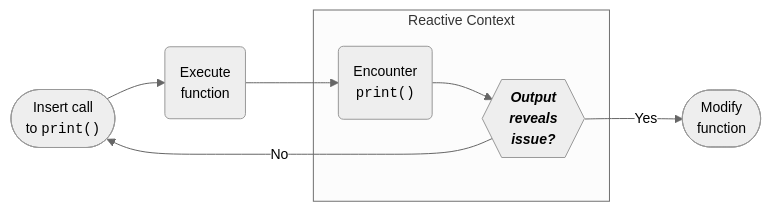
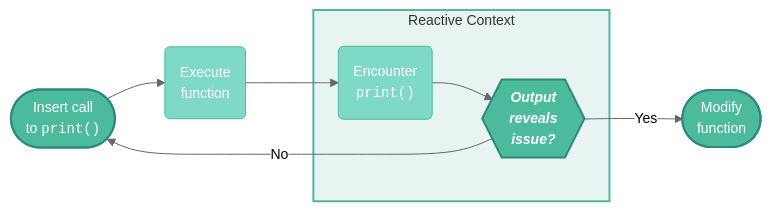
The second of 2 diagrams in debug_print.qmd (mjfrigaard/shiny-app-pkgs), drawn with Mermaid before and after one commit. The commit also changed other lines of this file and 107 other files, not shown here.

First line of the commit message:
Add consistent teal/light-teal color styling to mermaid diagrams

````diff
--- a/debug_print.qmd
+++ b/debug_print.qmd
@@ -126,16 +132,23 @@
 ```{mermaid}
 %%| fig-cap: "Reactive print debugging with `print()` function calls"
 %%| fig-align: center
 %%{init: {'theme': 'neutral', 'themeVariables': { 'fontFamily': 'monospace', "fontSize":"14px"}}}%%
 flowchart LR
-        Insert(["Insert call<br>to <code>print()</code>"]) 
-        Exec("Execute<br>function") 
-        Insert --> Exec --> Print("Encounter<br><code>print()</code>") 
+        Insert(["Insert call<br>to <code>print()</code>"])
+        Exec("Execute<br>function")
+        Insert --> Exec --> Print("Encounter<br><code>print()</code>")
         subgraph Reactive["Reactive Context"]
-            Print 
+            Print
             Issue{{"<strong><em>Output<br>reveals<br>issue?</em></strong>"}}
             Print --> Issue
         end
         Issue -- "Yes" --> Mod(["Modify<br>function"])
         Issue -- "No" --> Insert
+
+    style Insert fill:#4CBB9D,color:#fff,stroke:#2d8a7a,stroke-width:2px
+    style Exec fill:#7fd9c7,color:#fff,stroke:#4CBB9D,stroke-width:1px
+    style Print fill:#7fd9c7,color:#fff,stroke:#4CBB9D,stroke-width:1px
+    style Issue fill:#4CBB9D,color:#fff,stroke:#2d8a7a,stroke-width:2px
+    style Mod fill:#4CBB9D,color:#fff,stroke:#2d8a7a,stroke-width:2px
+    style Reactive fill:#e8f4f1,stroke:#4CBB9D,stroke-width:2px
 ```
````
